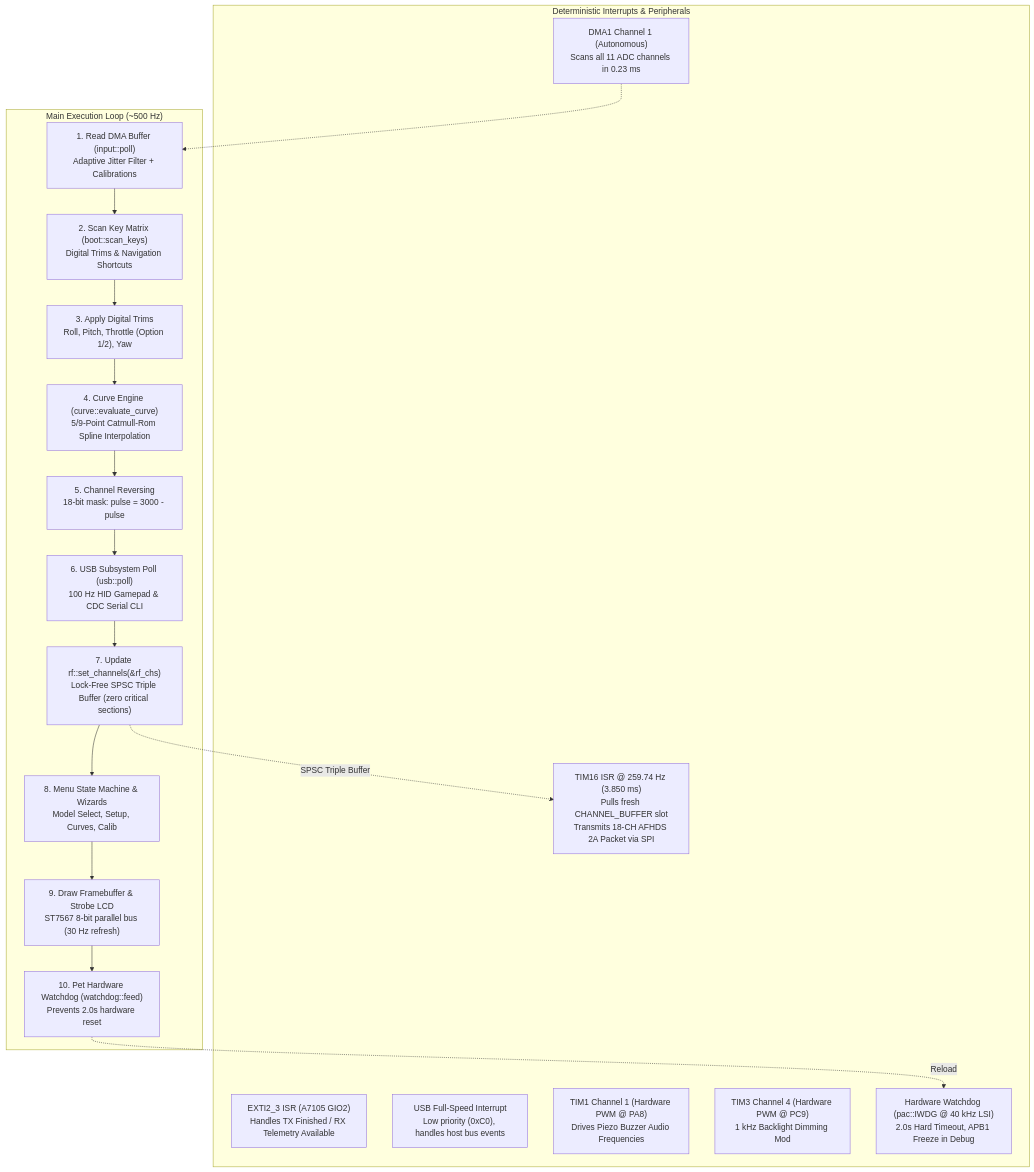
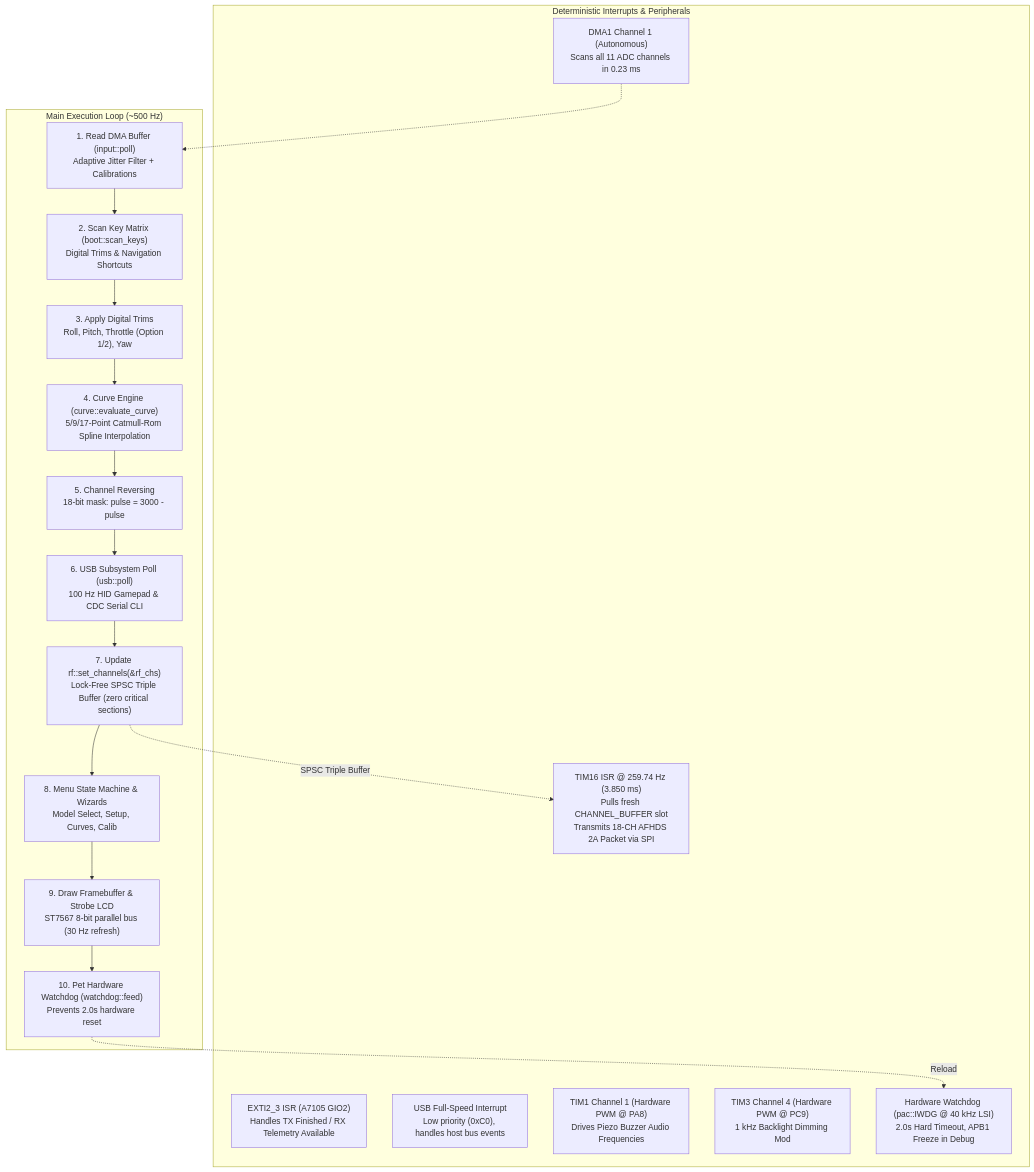
One commit to ferrox-rc/flysky-i6x-rs changed the first of 2 diagrams in docs/ARCHITECTURE.md. Above: the diagram before and after it, drawn with Mermaid. The commit also changed other lines of this file and 5 other files, not shown here.

Commit message:
docs: update mixer, user guide, architecture, and storage specs for 32 mixers and 17-pt curves

````diff
--- a/docs/ARCHITECTURE.md
+++ b/docs/ARCHITECTURE.md
@@ -36,30 +36,30 @@
 ```mermaid
 flowchart TD
     subgraph Hardware_Timers ["Deterministic Interrupts & Peripherals"]
         TIM16["TIM16 ISR @ 259.74 Hz (3.850 ms)<br>Pulls fresh CHANNEL_BUFFER slot<br>Transmits 18-CH AFHDS 2A Packet via SPI"]
         EXTI["EXTI2_3 ISR (A7105 GIO2)<br>Handles TX Finished / RX Telemetry Available"]
         DMA["DMA1 Channel 1 (Autonomous)<br>Scans all 11 ADC channels in 0.23 ms"]
         USB_IRQ["USB Full-Speed Interrupt<br>Low priority (0xC0), handles host bus events"]
         PWM_Audio["TIM1 Channel 1 (Hardware PWM @ PA8)<br>Drives Piezo Buzzer Audio Frequencies"]
         PWM_BL["TIM3 Channel 4 (Hardware PWM @ PC9)<br>1 kHz Backlight Dimming Mod"]
         IWDG["Hardware Watchdog (pac::IWDG @ 40 kHz LSI)<br>2.0s Hard Timeout, APB1 Freeze in Debug"]
     end
 
     subgraph Main_Thread ["Main Execution Loop (~500 Hz)"]
         ADC_Poll["1. Read DMA Buffer (input::poll)<br>Adaptive Jitter Filter + Calibrations"]
         Keys["2. Scan Key Matrix (boot::scan_keys)<br>Digital Trims & Navigation Shortcuts"]
         Trims["3. Apply Digital Trims<br>Roll, Pitch, Throttle (Option 1/2), Yaw"]
-        Curves["4. Curve Engine (curve::evaluate_curve)<br>5/9-Point Catmull-Rom Spline Interpolation"]
+        Curves["4. Curve Engine (curve::evaluate_curve)<br>5/9/17-Point Catmull-Rom Spline Interpolation"]
         Rev["5. Channel Reversing<br>18-bit mask: pulse = 3000 - pulse"]
         USB_Poll["6. USB Subsystem Poll (usb::poll)<br>100 Hz HID Gamepad & CDC Serial CLI"]
         RF_Update["7. Update rf::set_channels(&rf_chs)<br>Lock-Free SPSC Triple Buffer (zero critical sections)"]
         Menu_Router["8. Menu State Machine & Wizards<br>Model Select, Setup, Curves, Calib"]
         LCD_Draw["9. Draw Framebuffer & Strobe LCD<br>ST7567 8-bit parallel bus (30 Hz refresh)"]
         WDT_Feed["10. Pet Hardware Watchdog (watchdog::feed)<br>Prevents 2.0s hardware reset"]
     end
 
     DMA -.-> ADC_Poll
     ADC_Poll --> Keys --> Trims --> Curves --> Rev --> USB_Poll --> RF_Update --> Menu_Router --> LCD_Draw --> WDT_Feed
     RF_Update -. SPSC Triple Buffer .-> TIM16
     WDT_Feed -. Reload .-> IWDG
 ```
````
